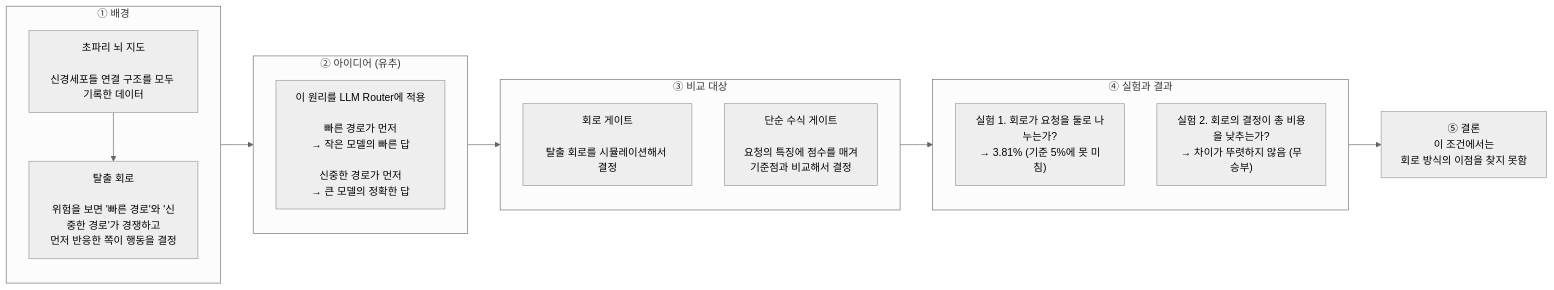
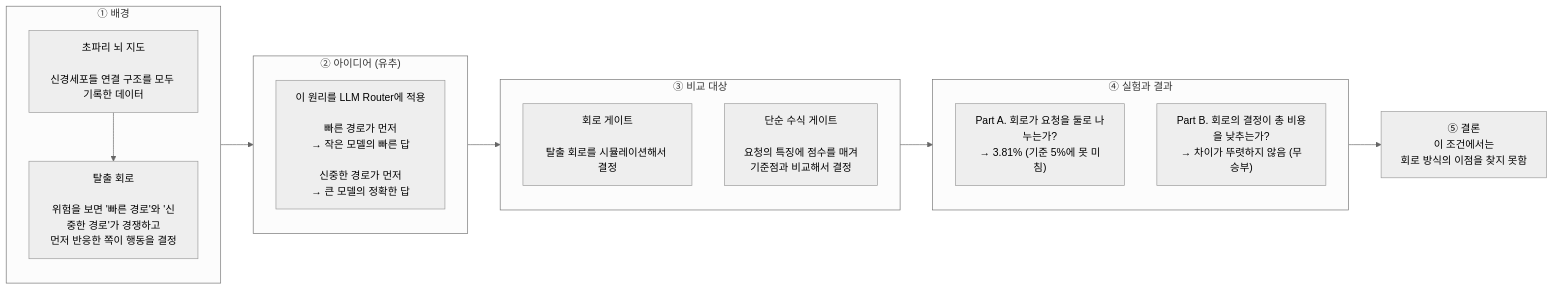
The diagram in README.md (ok0/reflex-router), drawn with Mermaid (neutral theme) before and after one commit.

Commit message:
docs: rename flowchart experiments to part a and b

````diff
--- a/README.md
+++ b/README.md
@@ -11,29 +11,29 @@
 ```mermaid
 flowchart LR
     subgraph L1["① 배경"]
         direction TB
         a1["초파리 뇌 지도<br/><br/>신경세포들 연결 구조를 모두 기록한 데이터"]
         a2["탈출 회로<br/><br/>위험을 보면 '빠른 경로'와 '신중한 경로'가 경쟁하고<br/>먼저 반응한 쪽이 행동을 결정"]
         a1 --> a2
     end
 
     subgraph L2["② 아이디어 (유추)"]
         b1["이 원리를 LLM Router에 적용<br/><br/>빠른 경로가 먼저<br/>→ 작은 모델의 빠른 답<br/><br/>신중한 경로가 먼저<br/>→ 큰 모델의 정확한 답"]
     end
 
     subgraph L3["③ 비교 대상"]
         direction TB
         c1["회로 게이트<br/><br/>탈출 회로를 시뮬레이션해서 결정"]
         c2["단순 수식 게이트<br/><br/>요청의 특징에 점수를 매겨<br/>기준점과 비교해서 결정"]
     end
 
     subgraph L4["④ 실험과 결과"]
         direction TB
-        d1["실험 1. 회로가 요청을 둘로 나누는가?<br/>→ 3.81% (기준 5%에 못 미침)"]
-        d2["실험 2. 회로의 결정이 총 비용을 낮추는가?<br/>→ 차이가 뚜렷하지 않음 (무승부)"]
+        d1["Part A. 회로가 요청을 둘로 나누는가?<br/>→ 3.81% (기준 5%에 못 미침)"]
+        d2["Part B. 회로의 결정이 총 비용을 낮추는가?<br/>→ 차이가 뚜렷하지 않음 (무승부)"]
     end
 
     R["⑤ 결론<br/>이 조건에서는<br/>회로 방식의 이점을 찾지 못함"]
 
     L1 --> L2 --> L3 --> L4 --> R
 ```
````
